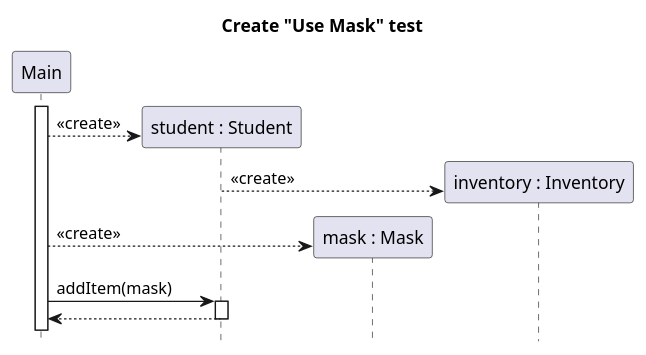
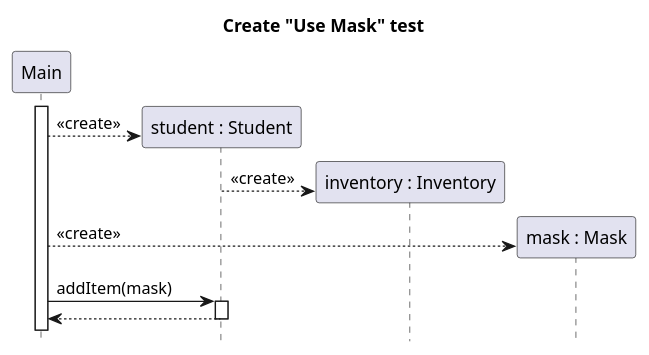
The diagram in docs/diagrams/test-create-sequence/student-use-mask-create.puml (sn4k3ch4rm3r/logarlec), drawn with PlantUML before and after one commit. The commit also changed other lines of this file and 15 other files, not shown here.

Commit message:
Sequence diagram consistency

```diff
--- a/docs/diagrams/test-create-sequence/student-use-mask-create.puml
+++ b/docs/diagrams/test-create-sequence/student-use-mask-create.puml
@@ -1,22 +1,22 @@
 @startuml student-use-mask-create
 
 title Create "Use Mask" test
 hide footbox
 
 participant "Main" as main
 participant "student : Student" as student
+participant "inventory : Inventory" as inventory
 participant "mask : Mask" as mask
-participant "inventory : Inventory" as inventory
 
 
 main++
 create student
 main --> student : <<create>>
 create inventory
 student --> inventory : <<create>>
 create mask
 main --> mask : <<create>>
 main -> student ++: addItem(mask)
 return
 
 @enduml
```
